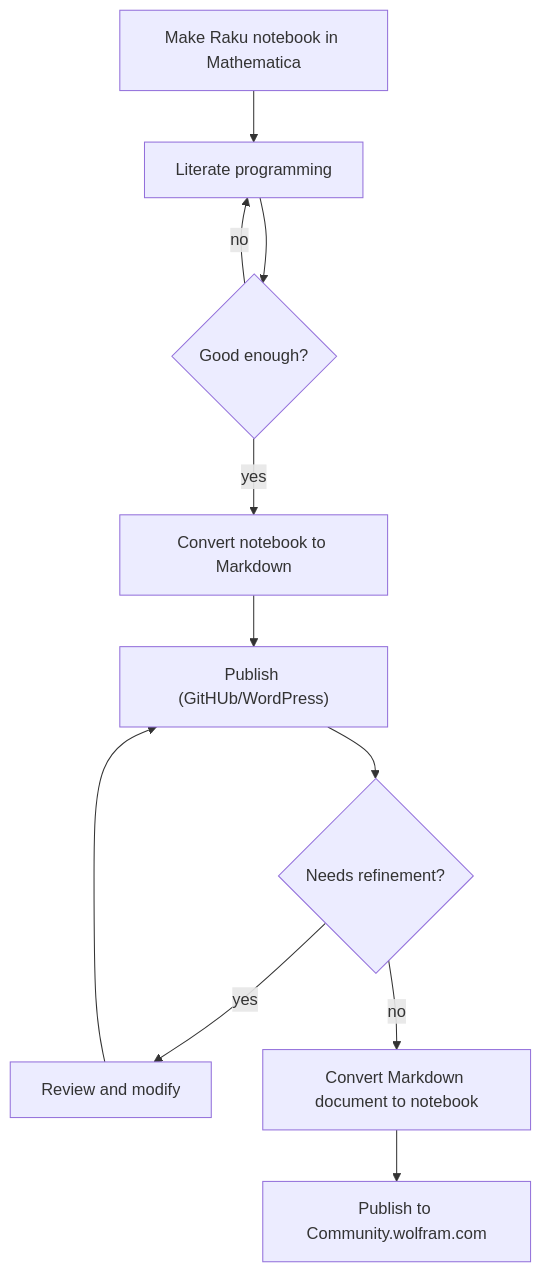
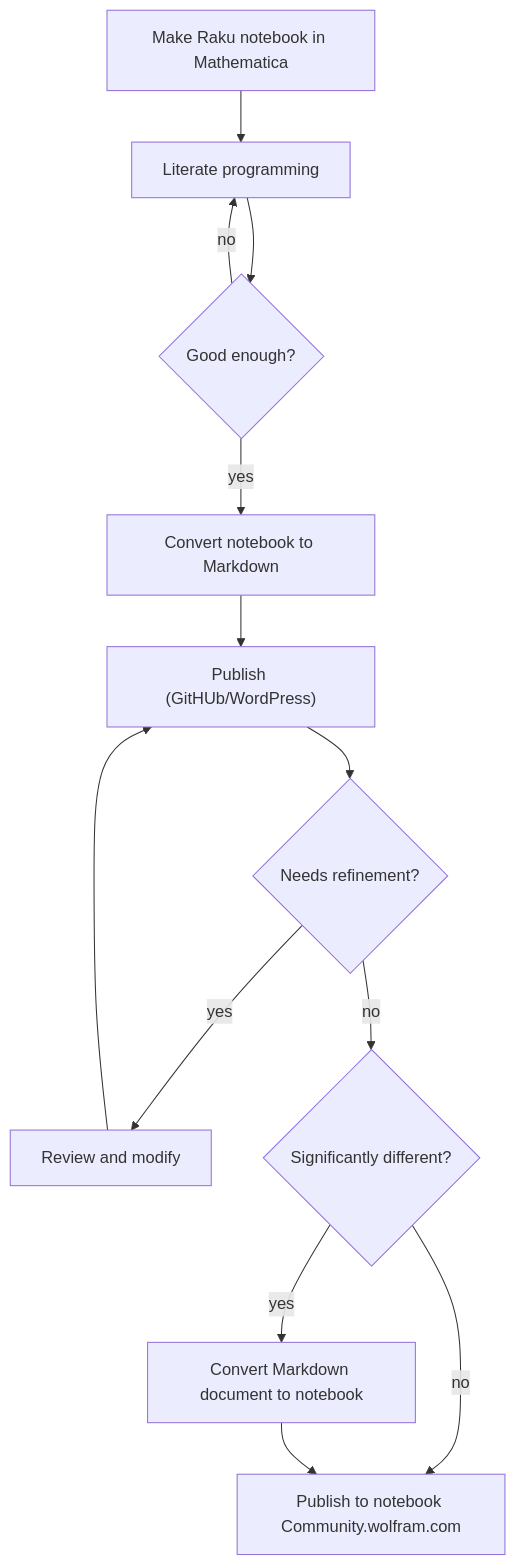
The first of 2 diagrams in README-work.md (antononcube/Raku-Markdown-Grammar), drawn with Mermaid before and after one commit. The commit also changed other lines of this file and 1 other file, not shown here.

Commit message:
docs:Updated mermaid diagrams and TODO list.

````diff
--- a/README-work.md
+++ b/README-work.md
@@ -34,14 +34,16 @@
 ```mermaid
 graph TD
     Rnb[Make Raku notebook in Mathematica]-->LT
     LT[Literate programming]-->GE
     GE{Good enough?}-->|yes|CN
     CN[Convert notebook to Markdown]-->P
     P["Publish (GitHUb/WordPress)"]-->SP
     SP-->|yes|R
     R[Review and modify]-->P
     GE-->|no|LT
-    SP{Needs refinement?}-->|no|CM
+    SP{Needs refinement?}-->|no|SD
+    SD{Significantly different?}-->|yes|CM
+    SD-->|no|PC
     CM[Convert Markdown document to notebook]-->PC
-    PC["Publish to Community.wolfram.com"]   
+    PC["Publish to notebook Community.wolfram.com"]   
 ```
````
